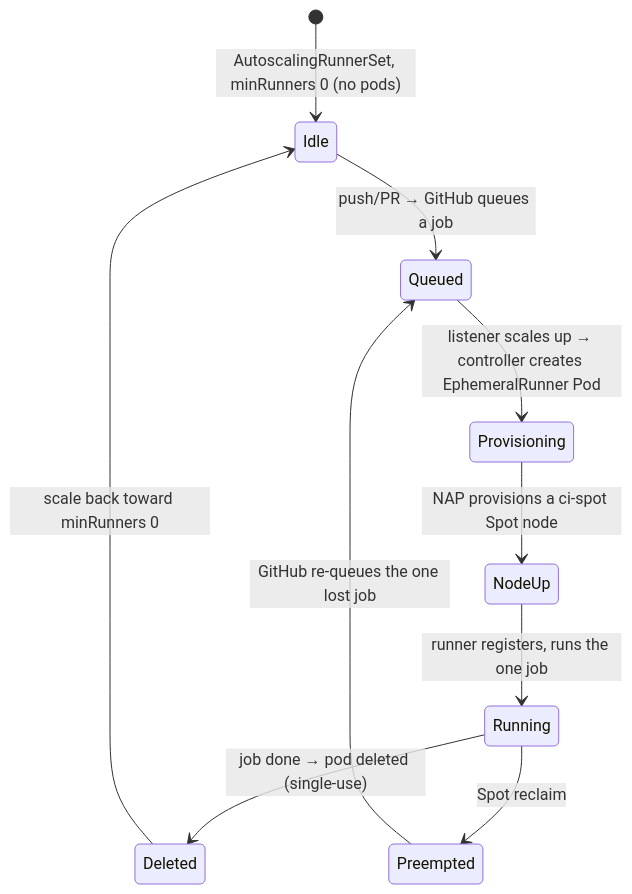
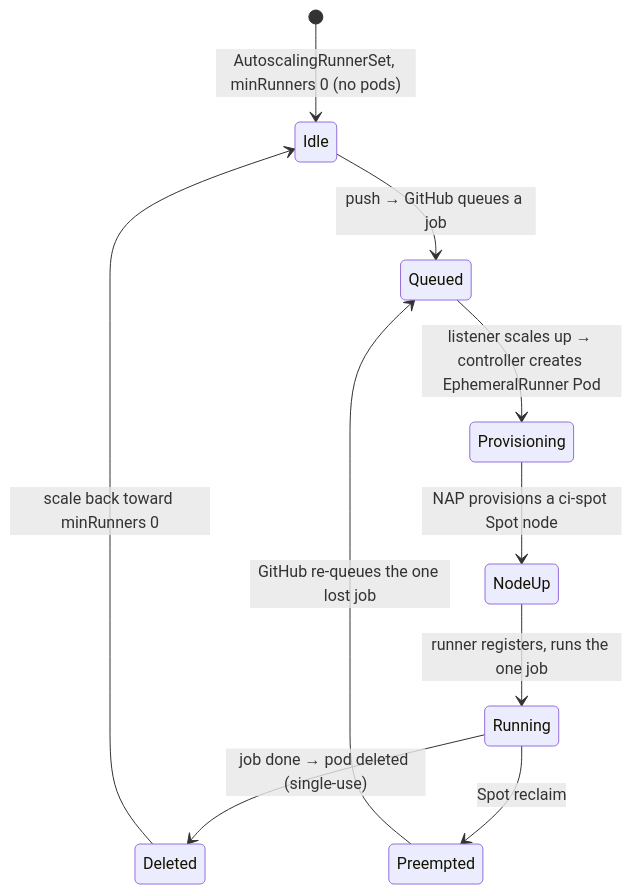
Before and after one commit to nubenetes/jenkins-2026: the third of 3 diagrams in docs/404-GITHUB_ACTIONS.md, drawn with Mermaid. The commit also changed other lines of this file and 28 other files, not shown here.

````diff
--- a/docs/404-GITHUB_ACTIONS.md
+++ b/docs/404-GITHUB_ACTIONS.md
@@ -325,12 +325,12 @@
 ```mermaid
 stateDiagram-v2
   [*] --> Idle: AutoscalingRunnerSet, minRunners 0 (no pods)
-  Idle --> Queued: push/PR → GitHub queues a job
+  Idle --> Queued: push → GitHub queues a job
   Queued --> Provisioning: listener scales up → controller creates EphemeralRunner Pod
   Provisioning --> NodeUp: NAP provisions a ci-spot Spot node
   NodeUp --> Running: runner registers, runs the one job
   Running --> Deleted: job done → pod deleted (single-use)
   Running --> Preempted: Spot reclaim
   Preempted --> Queued: GitHub re-queues the one lost job
   Deleted --> Idle: scale back toward minRunners 0
 ```
````
